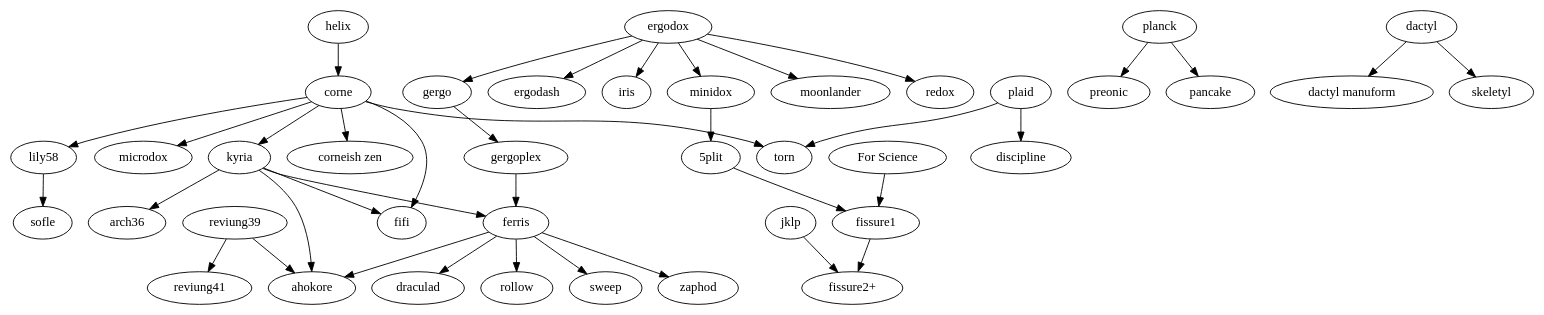
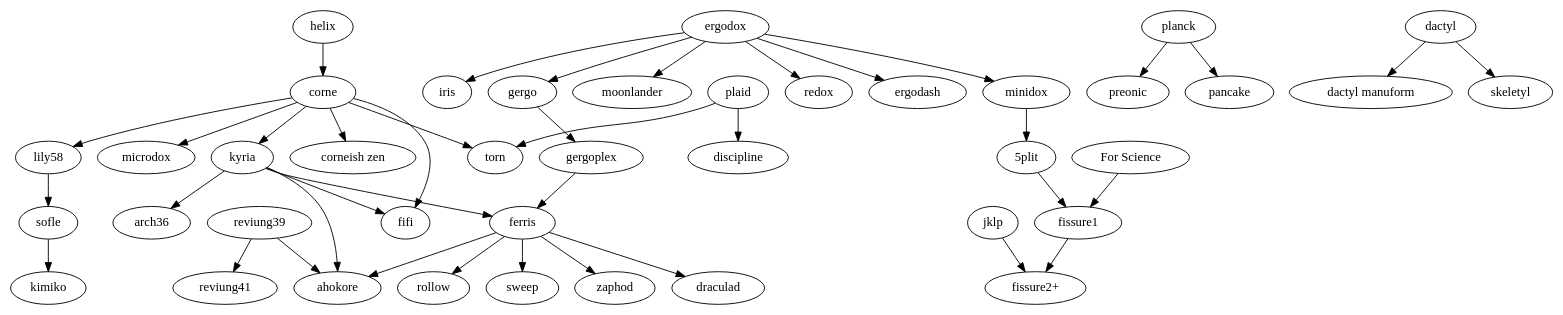
The diagram in tree.gv (petejohanson/mk-family-tree), drawn with Graphviz before and after one commit.

Commit message:
Add kimiko. (Sorry Mango!)

```diff
--- a/tree.gv
+++ b/tree.gv
@@ -1,77 +1,79 @@
 digraph T {
   subgraph splits {
     helix -> corne;
 
     corne -> {
       "corneish zen";
       fifi;
       kyria;
       lily58;
       microdox;
       torn;
     };
 
     lily58 -> sofle;
 
     kyria -> {
         ahokore;
         arch36;
         ferris;
         fifi;
     };
 
     ergodox -> {
       ergodash;
       gergo;
       iris;
       minidox;
       moonlander;
       redox;
     };
 
     gergo -> gergoplex;
     gergoplex -> ferris;
 
     ferris -> {
       ahokore;
       draculad;
       rollow;
       sweep;
       zaphod;
     };
 
     minidox -> {
       "5plit";
     }
 
+    sofle -> kimiko;
+
     "5plit" -> "fissure1";
     "For Science" -> "fissure1";
     fissure1 -> "fissure2+";
     jklp -> "fissure2+";
   }
 
   subgraph unibody {
     reviung39 -> {
       ahokore;
       reviung41;
     };
   };
 
   subgraph ortholinear {
     plaid -> {
       discipline;
       torn;
     };
     planck -> {
       preonic;
       pancake;
     };
   }
 
   subgraph {
     dactyl -> {
       "dactyl manuform";
       skeletyl;
     }
   }
 }
```
